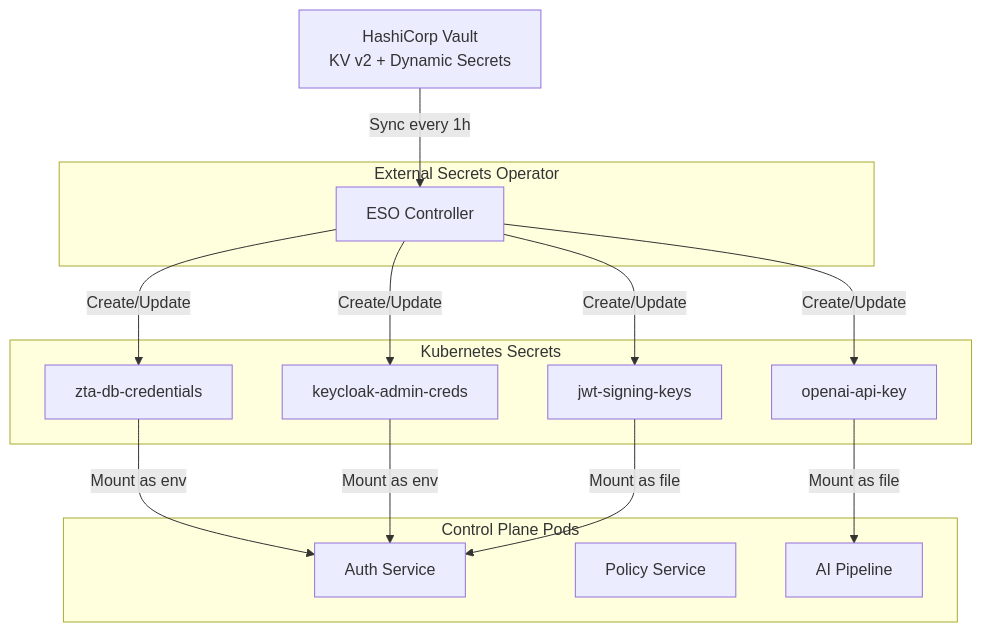
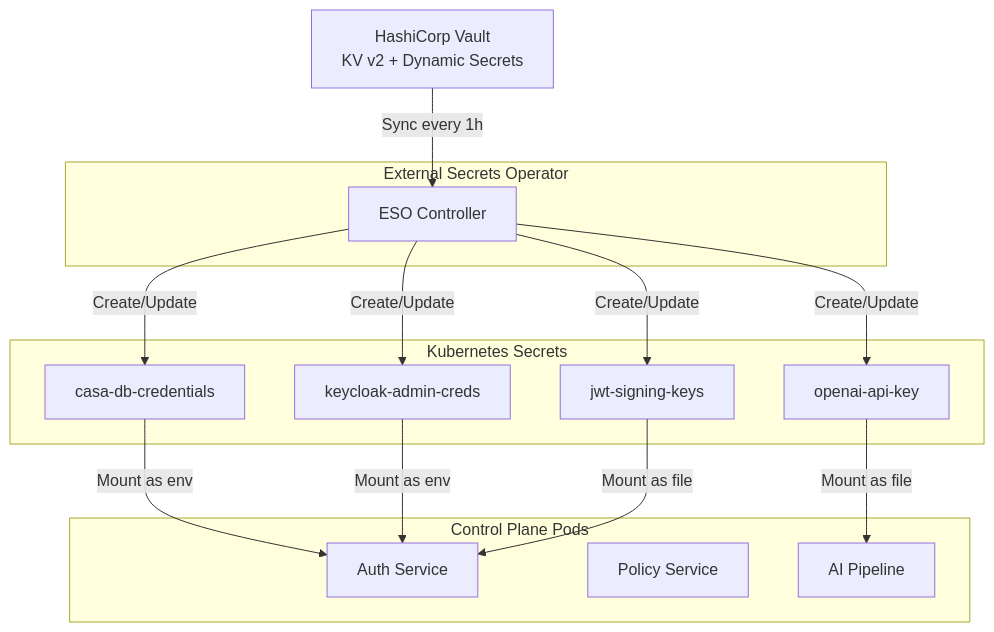
The tenth of 16 diagrams in contrib/wip/it1/SPECS.md (outshift-open/CASA), drawn with Mermaid before and after one commit. The commit also changed other lines of this file and 294 other files, not shown here.

Commit message:
feat: Rename from ZTA to CASA

````diff
--- a/contrib/wip/it1/SPECS.md
+++ b/contrib/wip/it1/SPECS.md
@@ -2692,32 +2692,32 @@
 ```mermaid
 graph TB
     VAULT[HashiCorp Vault<br/>KV v2 + Dynamic Secrets]
 
     subgraph "External Secrets Operator"
         ESO[ESO Controller]
     end
 
     subgraph "Kubernetes Secrets"
-        DB_SEC[zta-db-credentials]
+        DB_SEC[casa-db-credentials]
         KC_SEC[keycloak-admin-creds]
         LLM_SEC[openai-api-key]
         JWT_SEC[jwt-signing-keys]
     end
 
     subgraph "Control Plane Pods"
         AUTH[Auth Service]
         POLICY[Policy Service]
         AI[AI Pipeline]
     end
 
     VAULT -->|Sync every 1h| ESO
     ESO -->|Create/Update| DB_SEC
     ESO -->|Create/Update| KC_SEC
     ESO -->|Create/Update| LLM_SEC
     ESO -->|Create/Update| JWT_SEC
 
     DB_SEC -->|Mount as env| AUTH
     KC_SEC -->|Mount as env| AUTH
     LLM_SEC -->|Mount as file| AI
     JWT_SEC -->|Mount as file| AUTH
 ```
````
